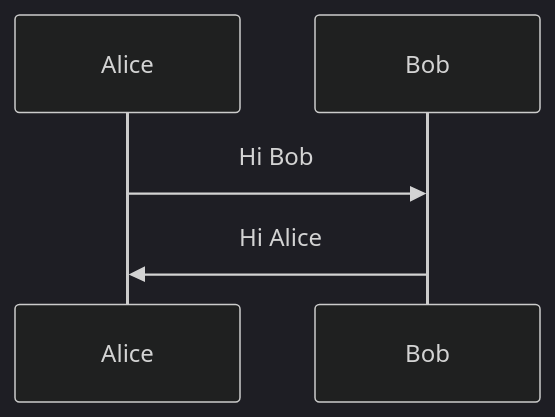
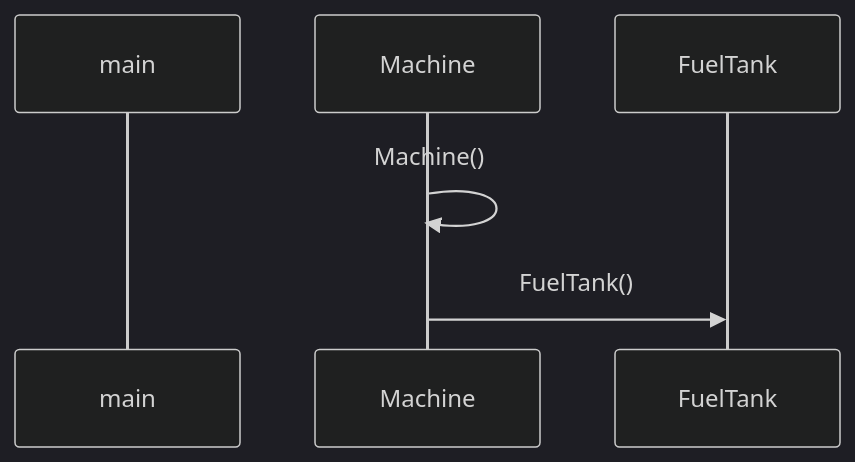
The diagram in laskarit/viikko3/sekvenssikaavio_moottori.md (brotholi/ot-harjoitustyo), drawn with Mermaid (dark theme) before and after one commit.

````diff
--- a/laskarit/viikko3/sekvenssikaavio_moottori.md
+++ b/laskarit/viikko3/sekvenssikaavio_moottori.md
@@ -3,7 +3,8 @@
 ```mermaid
 sequenceDiagram
-  participant Alice
-  participant Bob
-  Alice->>Bob: Hi Bob
-  Bob->>Alice: Hi Alice
+  participant main
+  participant Machine
+  participant FuelTank
+  Machine->>Machine: Machine() 
+  Machine->>FuelTank: FuelTank()
 ```
````
